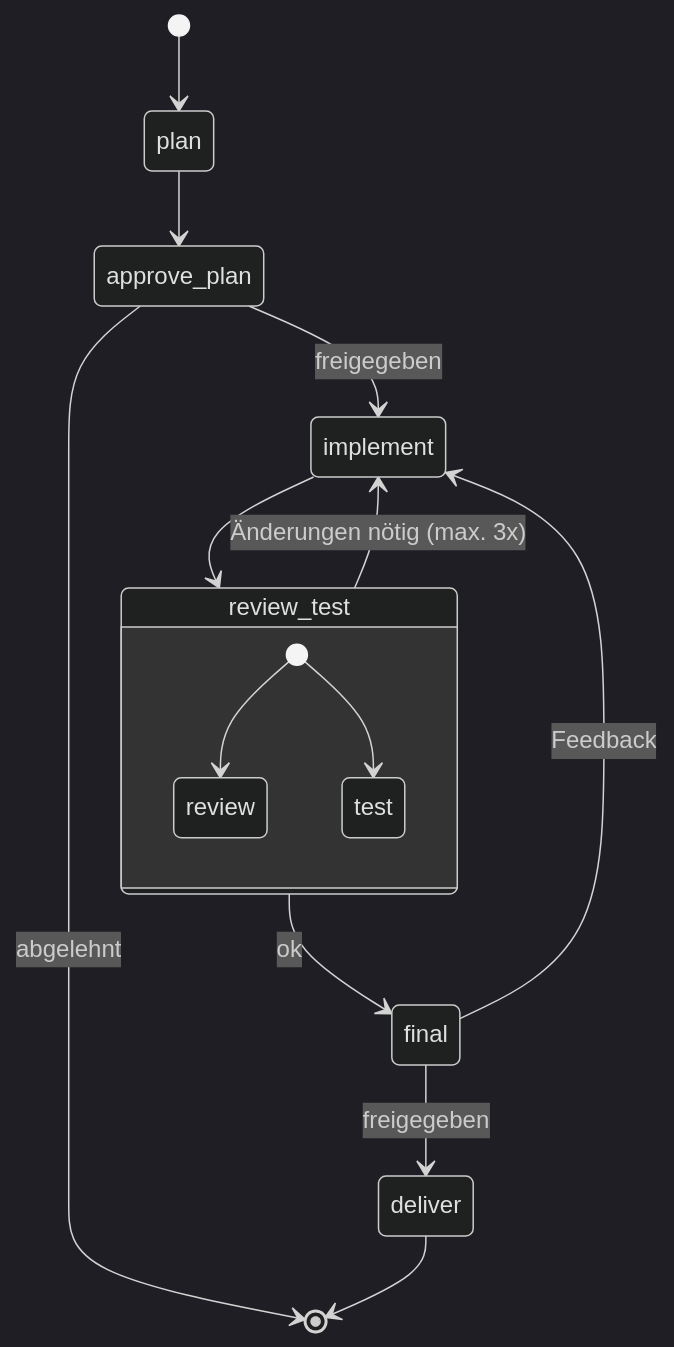
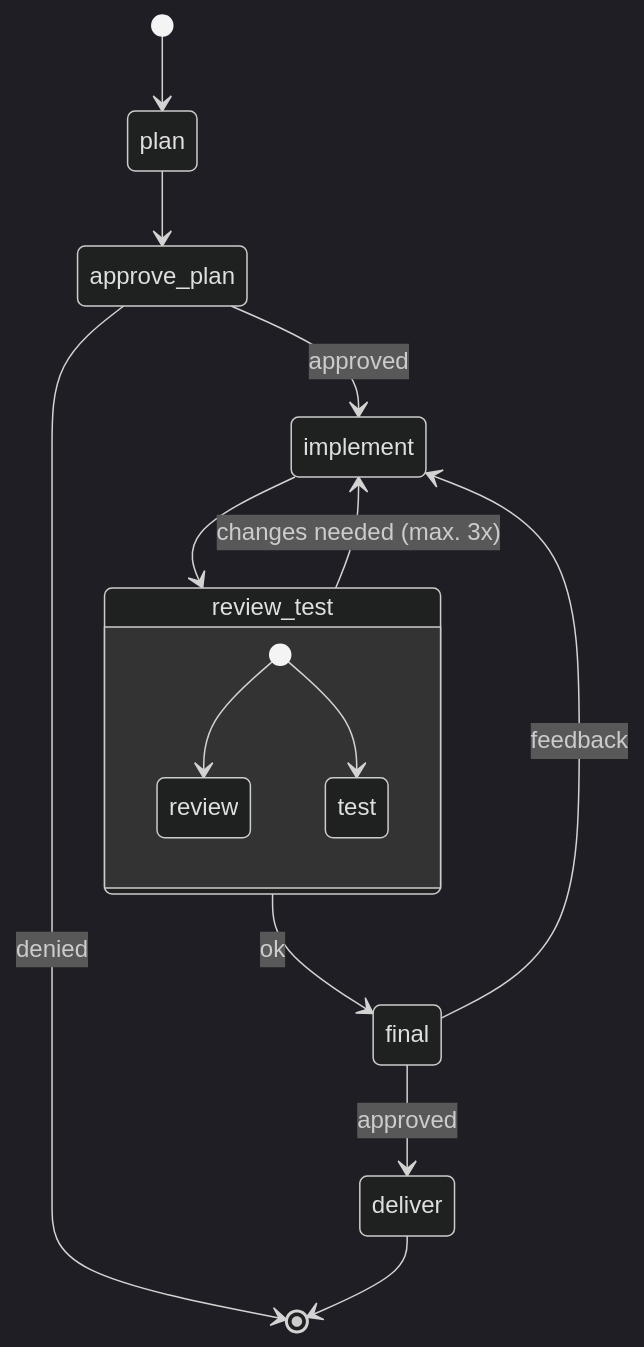
One commit to DavidW475/ade changed the diagram in doc/factory.md. Above: the diagram before and after it, drawn with Mermaid (dark theme). The commit also changed other lines of this file and 32 other files, not shown here.

````diff
--- a/doc/factory.md
+++ b/doc/factory.md
@@ -92,17 +92,17 @@
 ```mermaid
 stateDiagram-v2
     [*] --> plan
     plan --> approve_plan
-    approve_plan --> implement: freigegeben
-    approve_plan --> [*]: abgelehnt
+    approve_plan --> implement: approved
+    approve_plan --> [*]: denied
     implement --> review_test
     state review_test {
         [*] --> review
         [*] --> test
     }
-    review_test --> implement: Änderungen nötig (max. 3x)
+    review_test --> implement: changes needed (max. 3x)
     review_test --> final: ok
-    final --> deliver: freigegeben
-    final --> implement: Feedback
+    final --> deliver: approved
+    final --> implement: feedback
     deliver --> [*]
 ```
````
